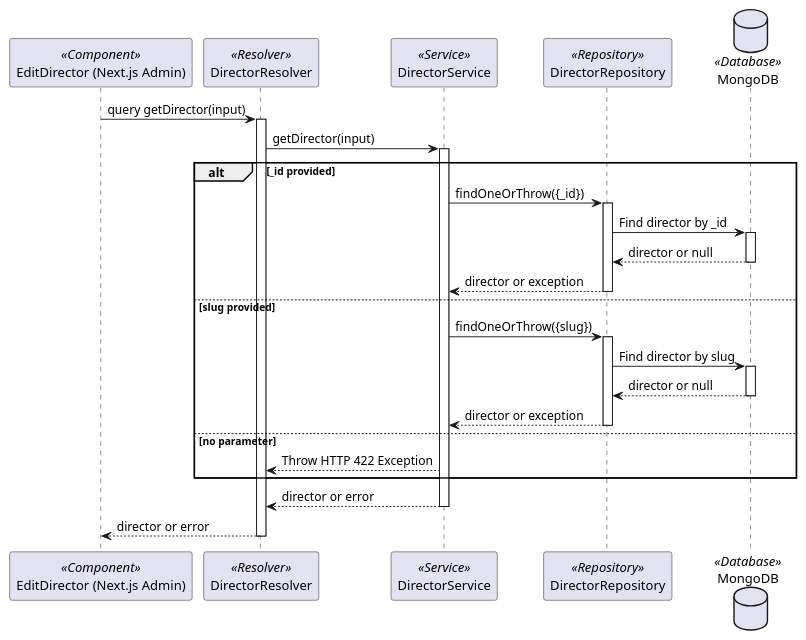
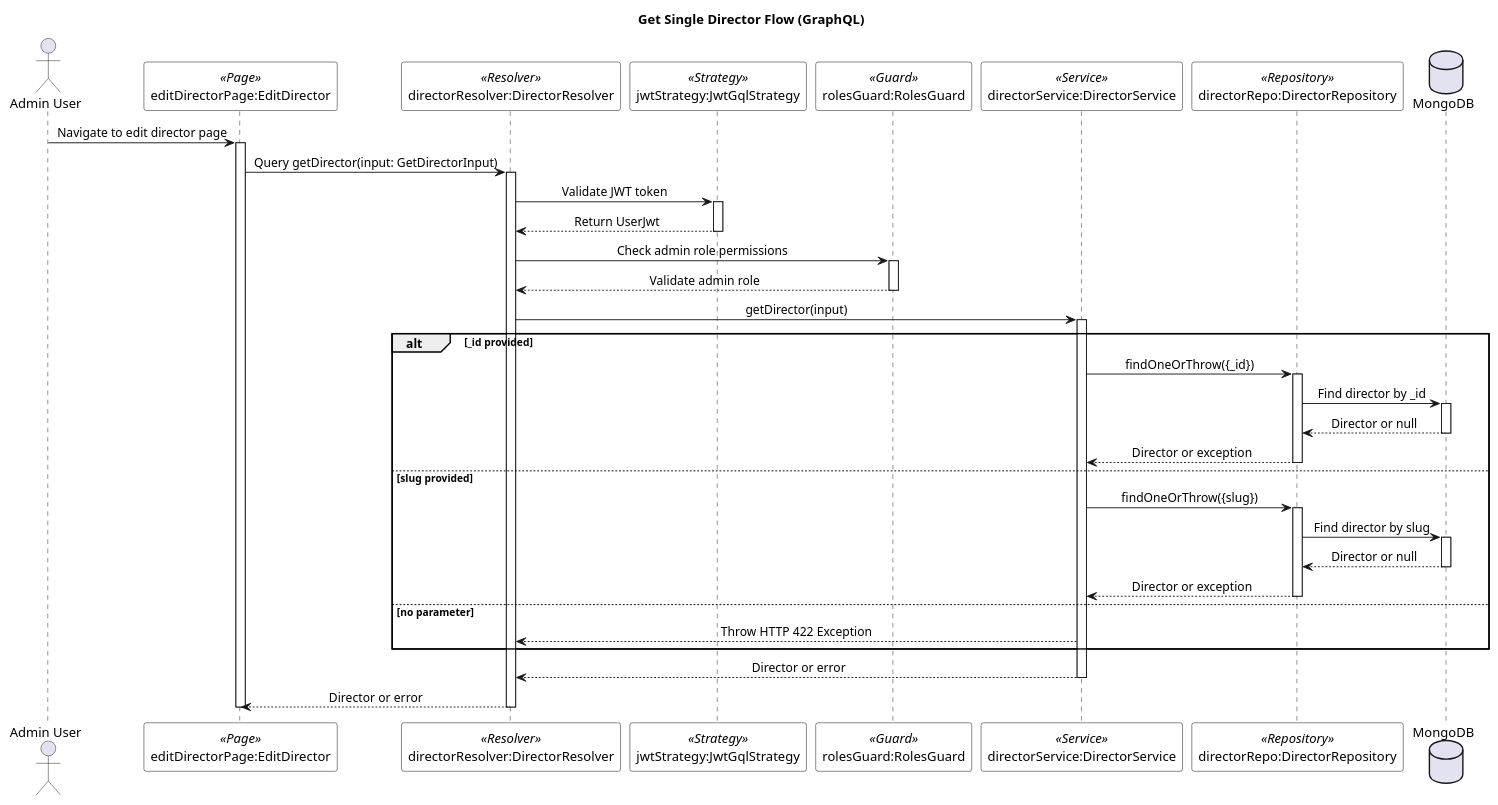
One commit to lehuygiang28/vphim changed the diagram in documents/diagram/sequences/directors/get-single-director.puml. Above: the diagram before and after it, drawn with PlantUML. The commit also changed 5 other files, not shown here.

First line of the commit message:
refactor(diagrams/sequences/directors): 🛠️ update director management flow diagrams

```diff
--- a/documents/diagram/sequences/directors/get-single-director.puml
+++ b/documents/diagram/sequences/directors/get-single-director.puml
@@ -1,40 +1,68 @@
 @startuml Get Single Director Flow
 
-' Stereotypes: <<Component>>, <<Resolver>>, <<Service>>, <<Repository>>, <<Database>>
-participant "EditDirector (Next.js Admin)" as EditDirector <<Component>>
-participant "DirectorResolver" as Resolver <<Resolver>>
-participant "DirectorService" as Service <<Service>>
-participant "DirectorRepository" as Repository <<Repository>>
-database "MongoDB" as DB <<Database>>
+skinparam SequenceMessageAlignment center
+skinparam SequenceBoxBackgroundColor white
+skinparam SequenceBoxBorderColor black
+skinparam NoteBackgroundColor lightyellow
+skinparam NoteBorderColor black
+skinparam ParticipantBackgroundColor white
+skinparam ParticipantBorderColor black
 
-EditDirector -> Resolver: query getDirector(input)
-activate Resolver
-Resolver -> Service: getDirector(input)
-activate Service
+title Get Single Director Flow (GraphQL)
+
+actor "Admin User" as adminUser
+participant "editDirectorPage:EditDirector" as editDirectorPage <<Page>>
+participant "directorResolver:DirectorResolver" as directorResolver <<Resolver>>
+participant "jwtStrategy:JwtGqlStrategy" as jwtStrategy <<Strategy>>
+participant "rolesGuard:RolesGuard" as rolesGuard <<Guard>>
+participant "directorService:DirectorService" as directorService <<Service>>
+participant "directorRepo:DirectorRepository" as directorRepo <<Repository>>
+database "MongoDB" as mongoDB
+
+adminUser -> editDirectorPage : Navigate to edit director page
+activate editDirectorPage
+
+editDirectorPage -> directorResolver : Query getDirector(input: GetDirectorInput)
+activate directorResolver
+
+directorResolver -> jwtStrategy : Validate JWT token
+activate jwtStrategy
+jwtStrategy --> directorResolver : Return UserJwt
+deactivate jwtStrategy
+
+directorResolver -> rolesGuard : Check admin role permissions
+activate rolesGuard
+rolesGuard --> directorResolver : Validate admin role
+deactivate rolesGuard
+
+directorResolver -> directorService : getDirector(input)
+activate directorService
+
 alt _id provided
-    Service -> Repository: findOneOrThrow({_id})
-    activate Repository
-    Repository -> DB: Find director by _id
-    activate DB
-    DB --> Repository: director or null
-    deactivate DB
-    Repository --> Service: director or exception
-    deactivate Repository
+    directorService -> directorRepo : findOneOrThrow({_id})
+    activate directorRepo
+    directorRepo -> mongoDB : Find director by _id
+    activate mongoDB
+    mongoDB --> directorRepo : Director or null
+    deactivate mongoDB
+    directorRepo --> directorService : Director or exception
+    deactivate directorRepo
 else slug provided
-    Service -> Repository: findOneOrThrow({slug})
-    activate Repository
-    Repository -> DB: Find director by slug
-    activate DB
-    DB --> Repository: director or null
-    deactivate DB
-    Repository --> Service: director or exception
-    deactivate Repository
+    directorService -> directorRepo : findOneOrThrow({slug})
+    activate directorRepo
+    directorRepo -> mongoDB : Find director by slug
+    activate mongoDB
+    mongoDB --> directorRepo : Director or null
+    deactivate mongoDB
+    directorRepo --> directorService : Director or exception
+    deactivate directorRepo
 else no parameter
-    Service --> Resolver: Throw HTTP 422 Exception
+    directorService --> directorResolver : Throw HTTP 422 Exception
 end
-Service --> Resolver: director or error
-deactivate Service
-Resolver --> EditDirector: director or error
-deactivate Resolver
+directorService --> directorResolver : Director or error
+deactivate directorService
+directorResolver --> editDirectorPage : Director or error
+deactivate directorResolver
+deactivate editDirectorPage
 
 @enduml
```
